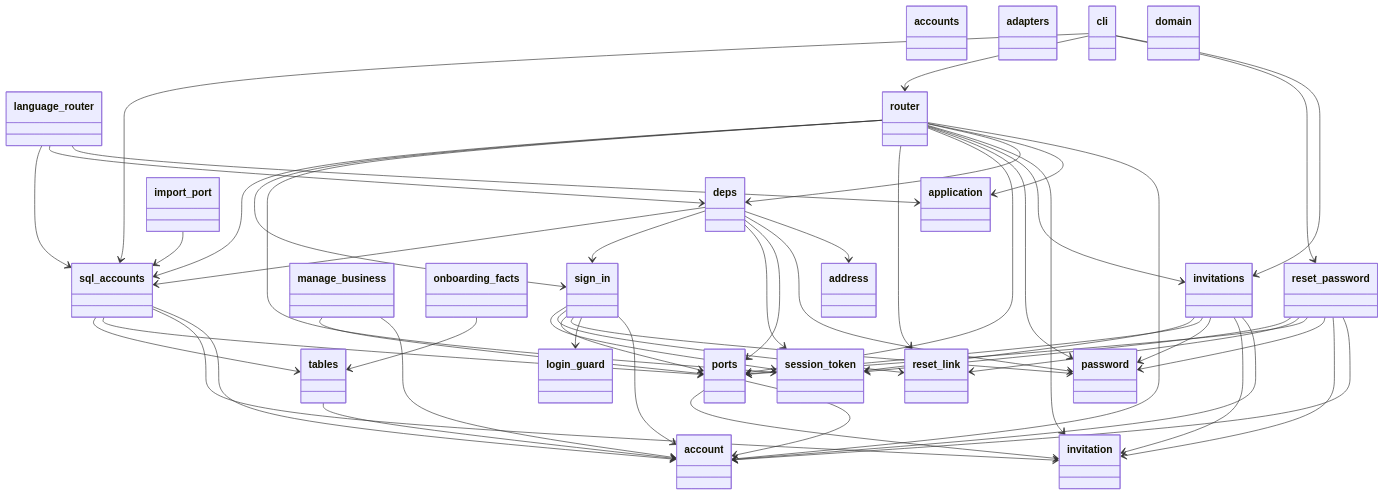
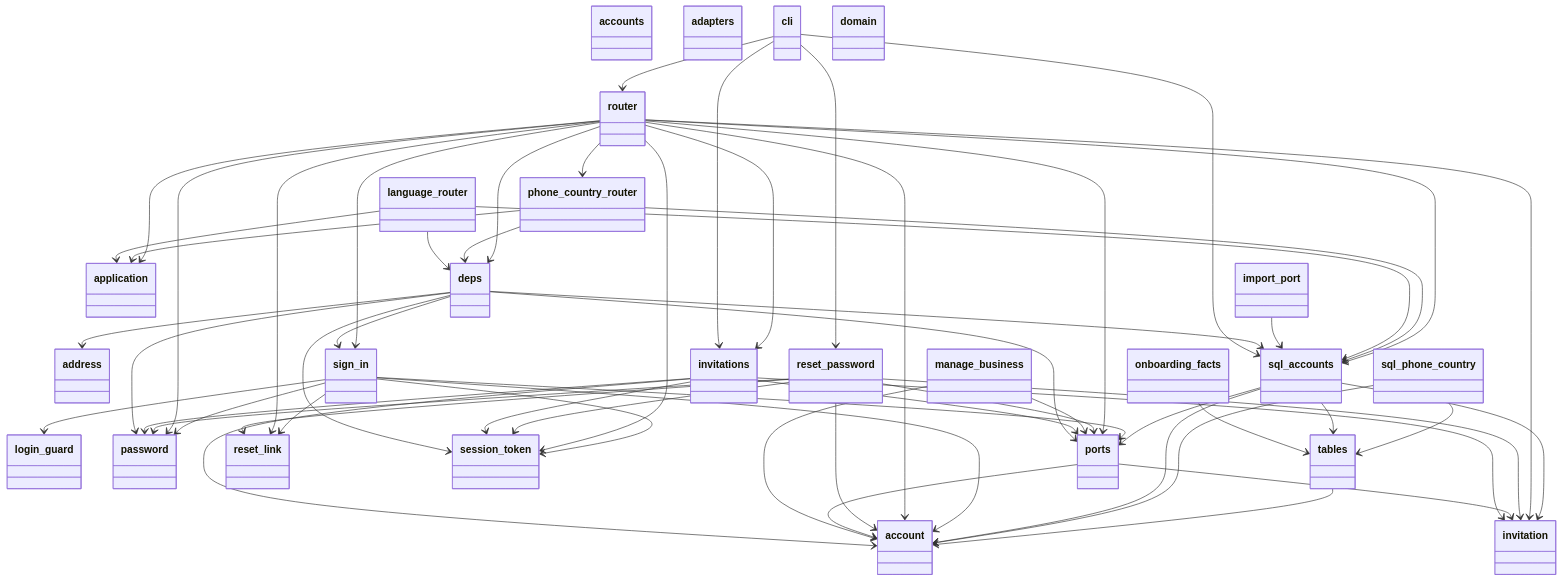
One commit to GonzaloZevallos/apostrophe changed the first of 4 diagrams in docs/architecture/generated/classes/accounts.md. Above: the diagram before and after it, drawn with Mermaid. The commit also changed other lines of this file and 5 other files, not shown here.

Commit message:
Regenerate the API and architecture docs for the Phone country route and column

````diff
--- a/docs/architecture/generated/classes/accounts.md
+++ b/docs/architecture/generated/classes/accounts.md
@@ -38,6 +38,8 @@
   }
   class password {
   }
+  class phone_country_router {
+  }
   class ports {
   }
   class reset_link {
@@ -51,6 +53,8 @@
   class sign_in {
   }
   class sql_accounts {
+  }
+  class sql_phone_country {
   }
   class tables {
   }
@@ -76,6 +80,9 @@
   manage_business --> account
   manage_business --> ports
   onboarding_facts --> tables
+  phone_country_router --> application
+  phone_country_router --> deps
+  phone_country_router --> sql_accounts
   ports --> account
   ports --> invitation
   reset_password --> account
@@ -90,6 +97,7 @@
   router --> invitation
   router --> invitations
   router --> password
+  router --> phone_country_router
   router --> ports
   router --> reset_link
   router --> session_token
@@ -105,5 +113,7 @@
   sql_accounts --> invitation
   sql_accounts --> ports
   sql_accounts --> tables
+  sql_phone_country --> account
+  sql_phone_country --> tables
   tables --> account
 ```
````
